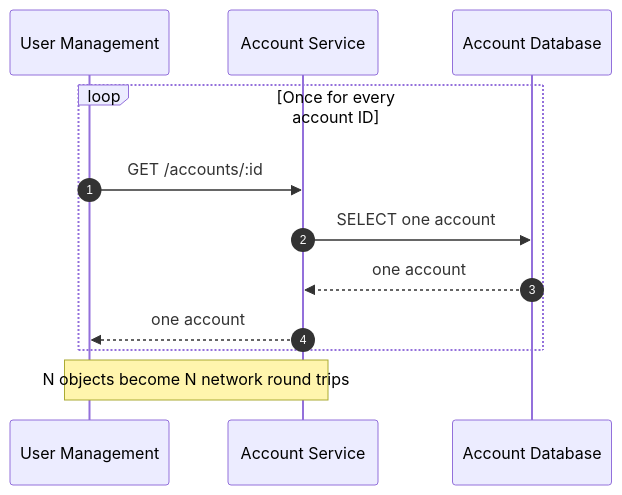
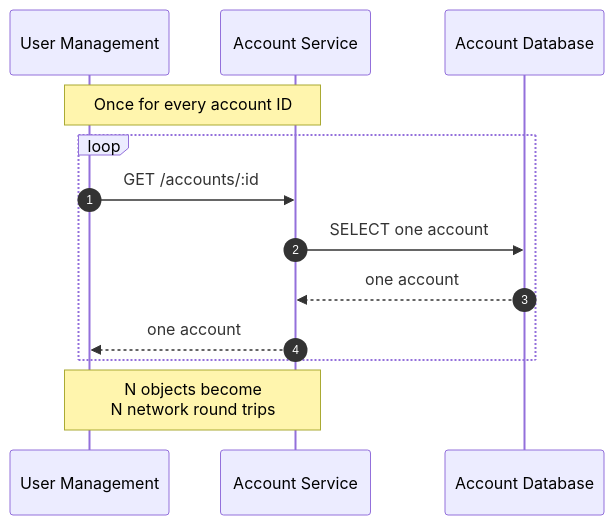
Before and after one commit to meleneth/whirred-io: the first of 3 diagrams in docs/articles/series/IAM-System-Demo/graphql-auth-explosion-part-2-multiple-object-retrieval.md, drawn with Mermaid. The commit also changed other lines of this file and 6 other files, not shown here.

````diff
--- a/docs/articles/series/IAM-System-Demo/graphql-auth-explosion-part-2-multiple-object-retrieval.md
+++ b/docs/articles/series/IAM-System-Demo/graphql-auth-explosion-part-2-multiple-object-retrieval.md
@@ -20,16 +20,17 @@
 ```mermaid
 sequenceDiagram
   autonumber
   participant UM as User Management
   participant AS as Account Service
   participant DB as Account Database
 
-  loop Once for every account ID
+  Note over UM,AS: Once for every account ID
+  loop
     UM->>AS: GET /accounts/:id
     AS->>DB: SELECT one account
     DB-->>AS: one account
     AS-->>UM: one account
   end
 
-  Note over UM,AS: N objects become N network round trips
+  Note over UM,AS: N objects become<br/>N network round trips
 ```
````
